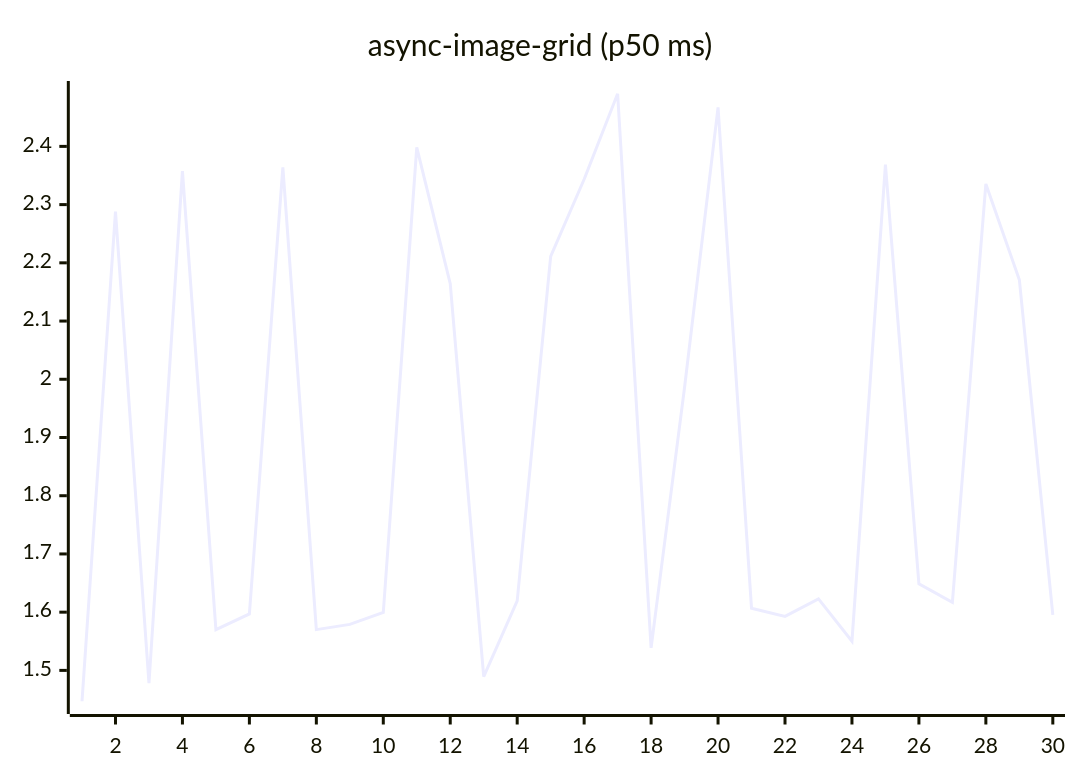
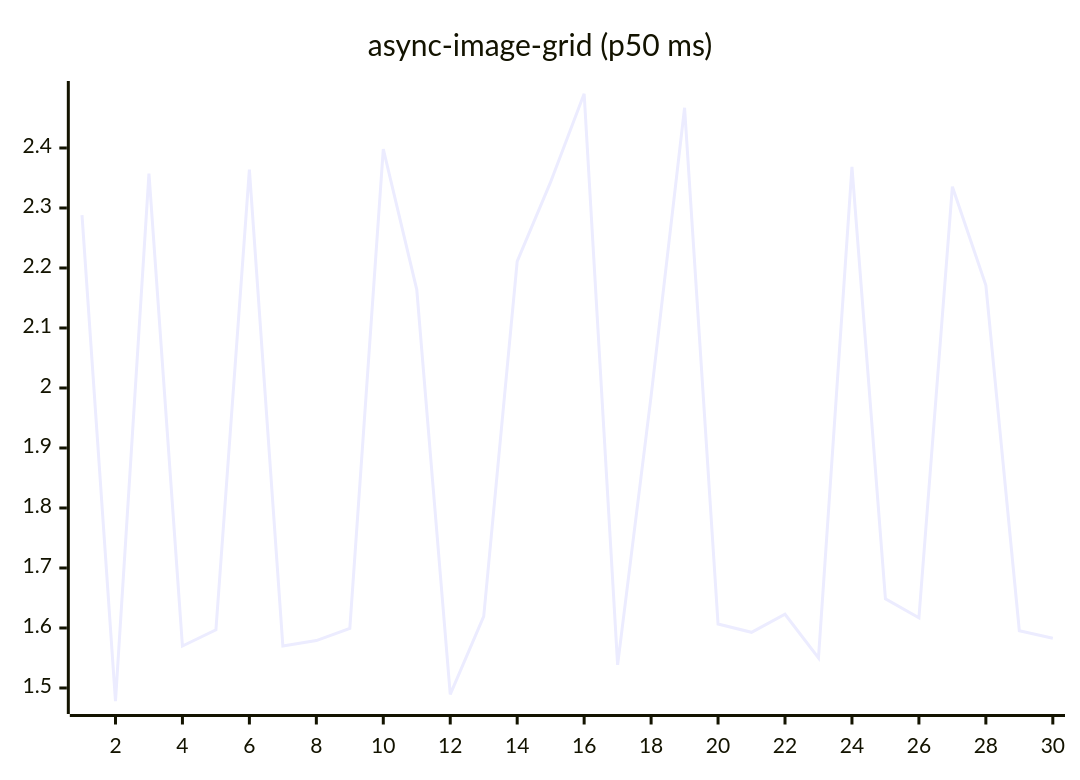
Before and after one commit to josha/Facet: the fifth of 27 diagrams in README.md, drawn with Mermaid. The commit also changed other lines of this file and 2 other files, not shown here.

````diff
--- a/README.md
+++ b/README.md
@@ -91,6 +91,6 @@
 ```mermaid
 xychart-beta
     title "async-image-grid (p50 ms)"
     x-axis 1 --> 30
-    line [1.4470, 2.2880, 1.4779, 2.3575, 1.5699, 1.5969, 2.3640, 1.5700, 1.5790, 1.5994, 2.3982, 2.1641, 1.4893, 1.6193, 2.2110, 2.3435, 2.4904, 1.5386, 1.9864, 2.4670, 1.6066, 1.5928, 1.6229, 1.5501, 2.3685, 1.6487, 1.6169, 2.3355, 2.1710, 1.5954]
+    line [2.2880, 1.4779, 2.3575, 1.5699, 1.5969, 2.3640, 1.5700, 1.5790, 1.5994, 2.3982, 2.1641, 1.4893, 1.6193, 2.2110, 2.3435, 2.4904, 1.5386, 1.9864, 2.4670, 1.6066, 1.5928, 1.6229, 1.5501, 2.3685, 1.6487, 1.6169, 2.3355, 2.1710, 1.5954, 1.5829]
 ```
````
